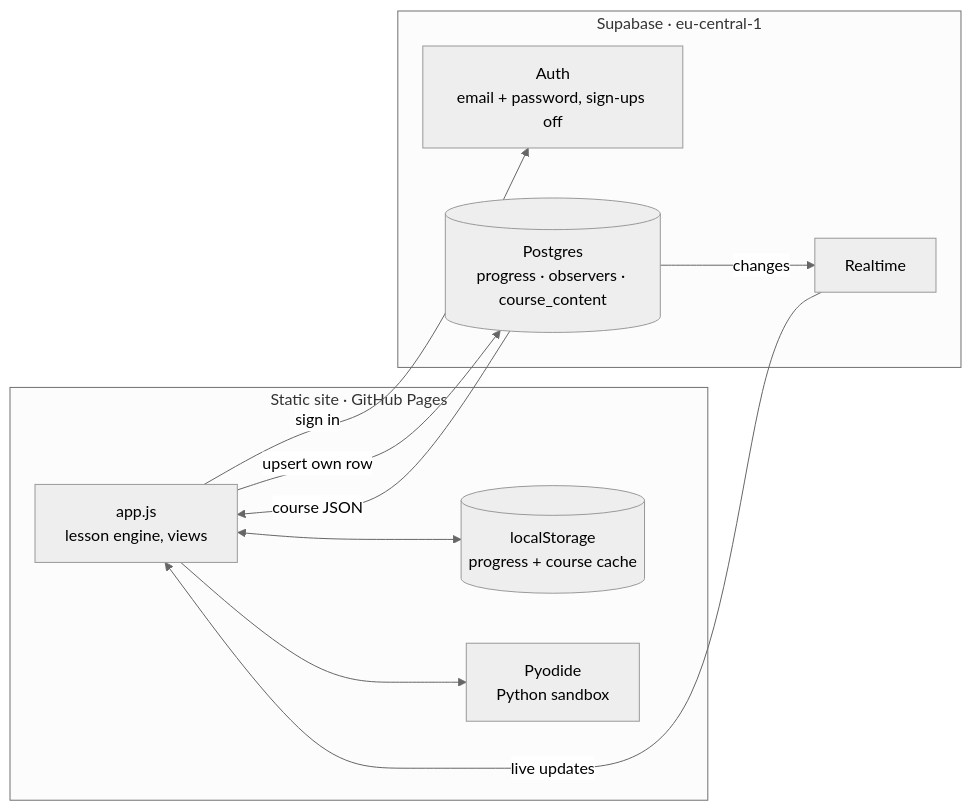
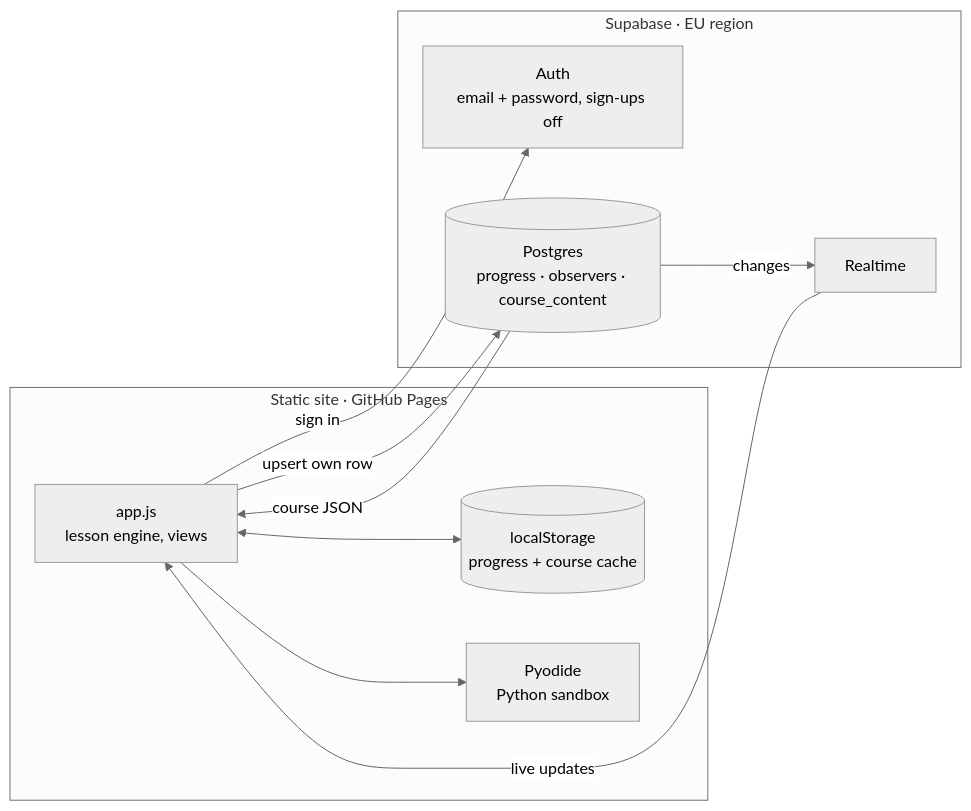
One commit to RuslanBaatyrbekov/pulse-learning changed the diagram in README.md. Above: the diagram before and after it, drawn with Mermaid (neutral theme). The commit also changed 1 other file, not shown here.

Commit message:
chore: connect production supabase project

````diff
--- a/README.md
+++ b/README.md
@@ -45,21 +45,21 @@
 ```mermaid
 flowchart LR
     subgraph Client["Static site · GitHub Pages"]
         UI[app.js<br/>lesson engine, views]
         LS[(localStorage<br/>progress + course cache)]
         PY[Pyodide<br/>Python sandbox]
     end
 
-    subgraph Supabase["Supabase · eu-central-1"]
+    subgraph Supabase["Supabase · EU region"]
         AUTH[Auth<br/>email + password, sign-ups off]
         PG[(Postgres<br/>progress · observers · course_content)]
         RT[Realtime]
     end
 
     UI <--> LS
     UI --> PY
     UI -- sign in --> AUTH
     UI -- upsert own row --> PG
     PG -- course JSON --> UI
     PG -- changes --> RT -- live updates --> UI
 ```
````
